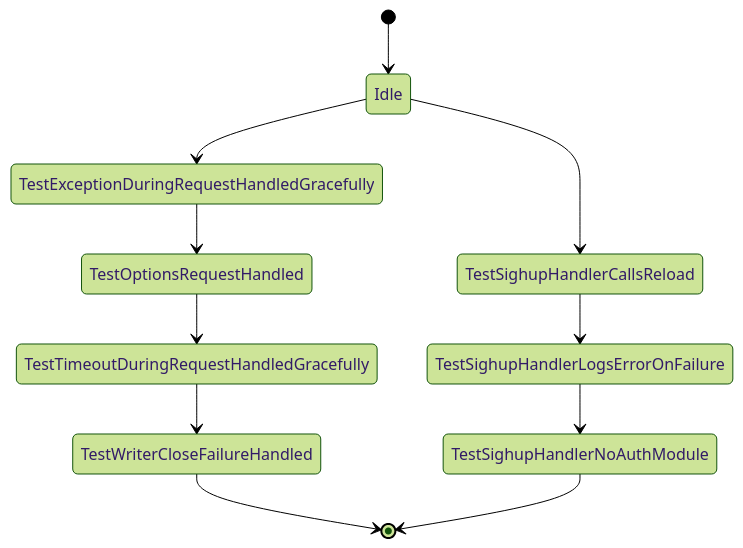
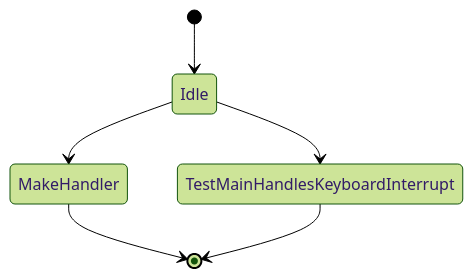
Before and after one commit to zepfu/llama-gguf-inference: the second of 8 diagrams in docs/auto/ARCHITECTURE_AUTO.md, drawn with Mermaid (forest theme). The commit also changed other lines of this file and 2 other files, not shown here.

````diff
--- a/docs/auto/ARCHITECTURE_AUTO.md
+++ b/docs/auto/ARCHITECTURE_AUTO.md
@@ -35,13 +38,8 @@
 ```mermaid
 stateDiagram-v2
     [*] --> Idle
-    Idle --> TestExceptionDuringRequestHandledGracefully
-    TestExceptionDuringRequestHandledGracefully --> TestOptionsRequestHandled
-    TestOptionsRequestHandled --> TestTimeoutDuringRequestHandledGracefully
-    TestTimeoutDuringRequestHandledGracefully --> TestWriterCloseFailureHandled
-    TestWriterCloseFailureHandled --> [*]
-    Idle --> TestSighupHandlerCallsReload
-    TestSighupHandlerCallsReload --> TestSighupHandlerLogsErrorOnFailure
-    TestSighupHandlerLogsErrorOnFailure --> TestSighupHandlerNoAuthModule
-    TestSighupHandlerNoAuthModule --> [*]
+    Idle --> MakeHandler
+    MakeHandler --> [*]
+    Idle --> TestMainHandlesKeyboardInterrupt
+    TestMainHandlesKeyboardInterrupt --> [*]
 ```
````
